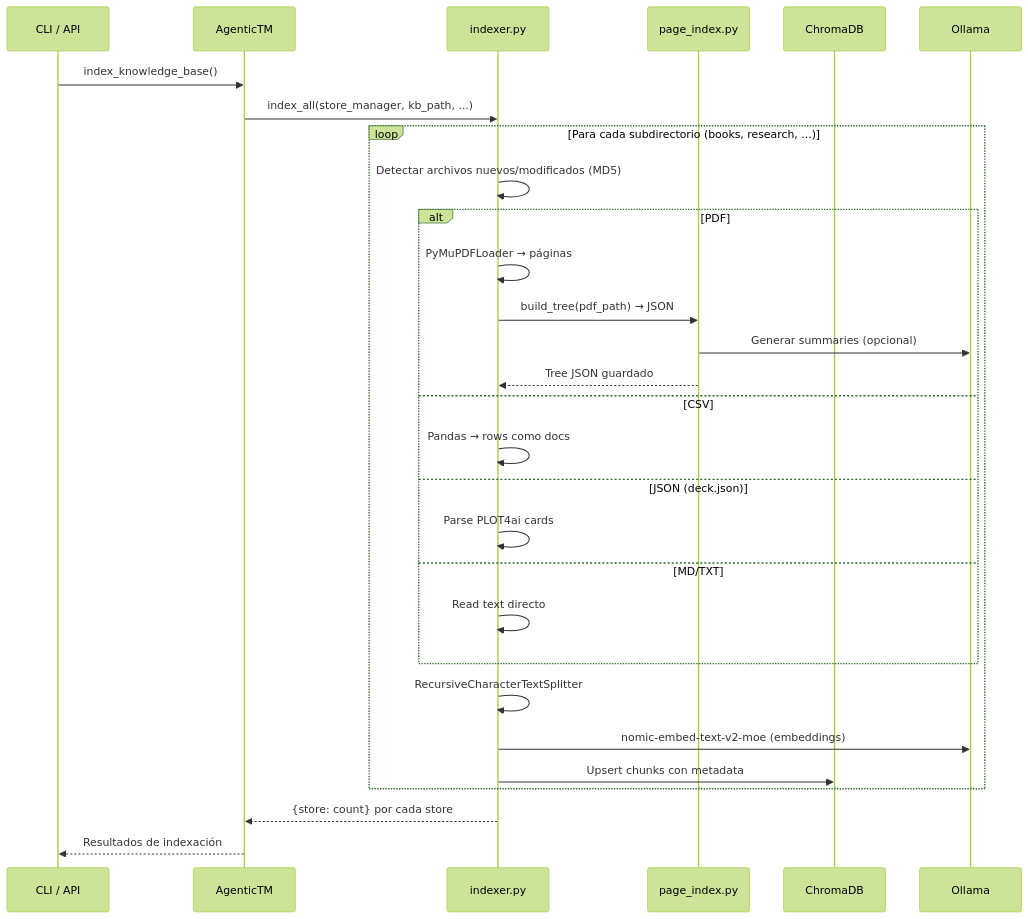
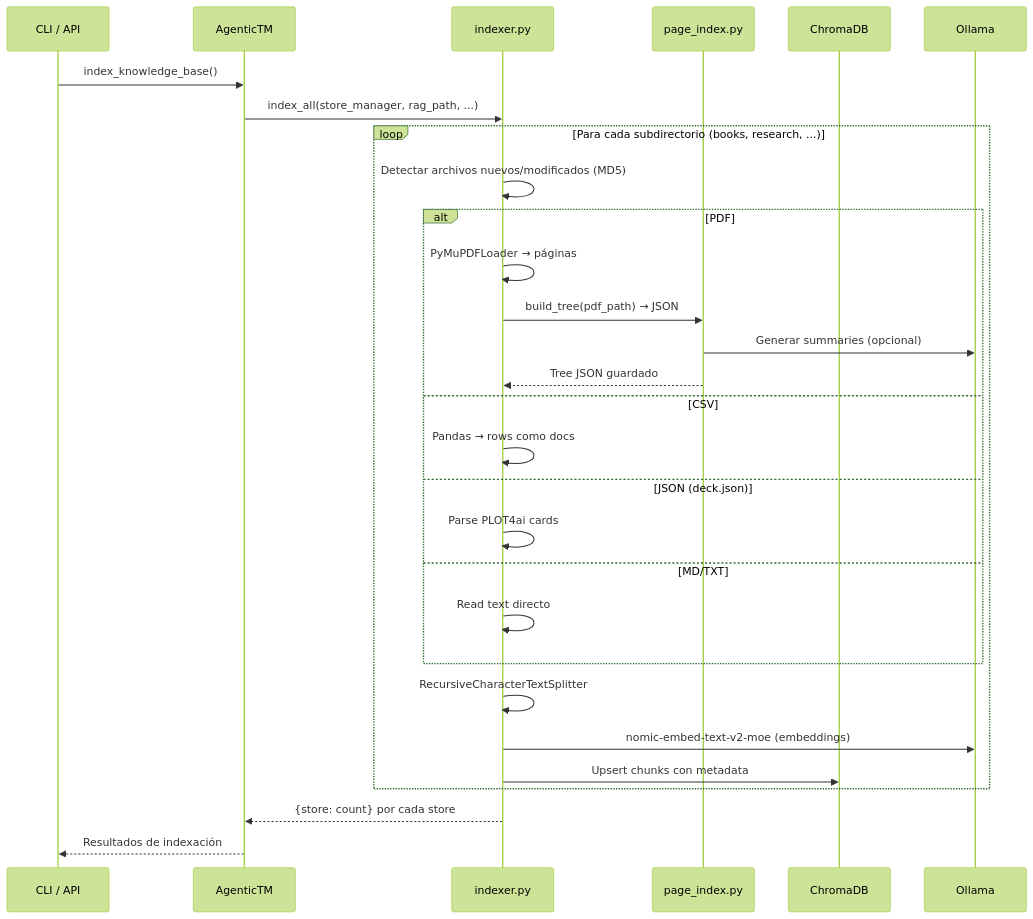
One commit to philocyber/agent-threat-modeler changed the third of 3 diagrams in docs/05_sistema_rag.md. Above: the diagram before and after it, drawn with Mermaid (forest theme). The commit also changed other lines of this file and 115 other files, not shown here.

````diff
--- a/docs/05_sistema_rag.md
+++ b/docs/05_sistema_rag.md
@@ -436,36 +436,36 @@
 ```mermaid
 sequenceDiagram
     participant CLI as CLI / API
     participant Core as AgenticTM
     participant Indexer as indexer.py
     participant PI as page_index.py
     participant Chroma as ChromaDB
     participant Ollama as Ollama
 
     CLI->>Core: index_knowledge_base()
-    Core->>Indexer: index_all(store_manager, kb_path, ...)
+    Core->>Indexer: index_all(store_manager, rag_path, ...)
     
     loop Para cada subdirectorio (books, research, ...)
         Indexer->>Indexer: Detectar archivos nuevos/modificados (MD5)
         
         alt PDF
             Indexer->>Indexer: PyMuPDFLoader → páginas
             Indexer->>PI: build_tree(pdf_path) → JSON
             PI->>Ollama: Generar summaries (opcional)
             PI-->>Indexer: Tree JSON guardado
         else CSV
             Indexer->>Indexer: Pandas → rows como docs
         else JSON (deck.json)
             Indexer->>Indexer: Parse PLOT4ai cards
         else MD/TXT
             Indexer->>Indexer: Read text directo
         end
         
         Indexer->>Indexer: RecursiveCharacterTextSplitter
         Indexer->>Ollama: nomic-embed-text-v2-moe (embeddings)
         Indexer->>Chroma: Upsert chunks con metadata
     end
     
     Indexer-->>Core: {store: count} por cada store
     Core-->>CLI: Resultados de indexación
 ```
````
